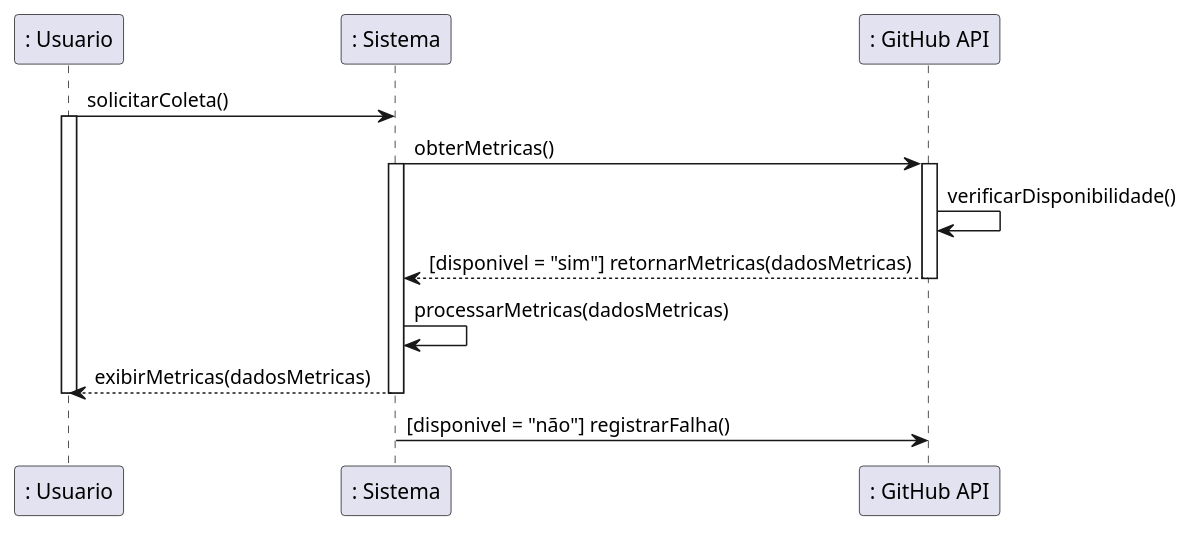
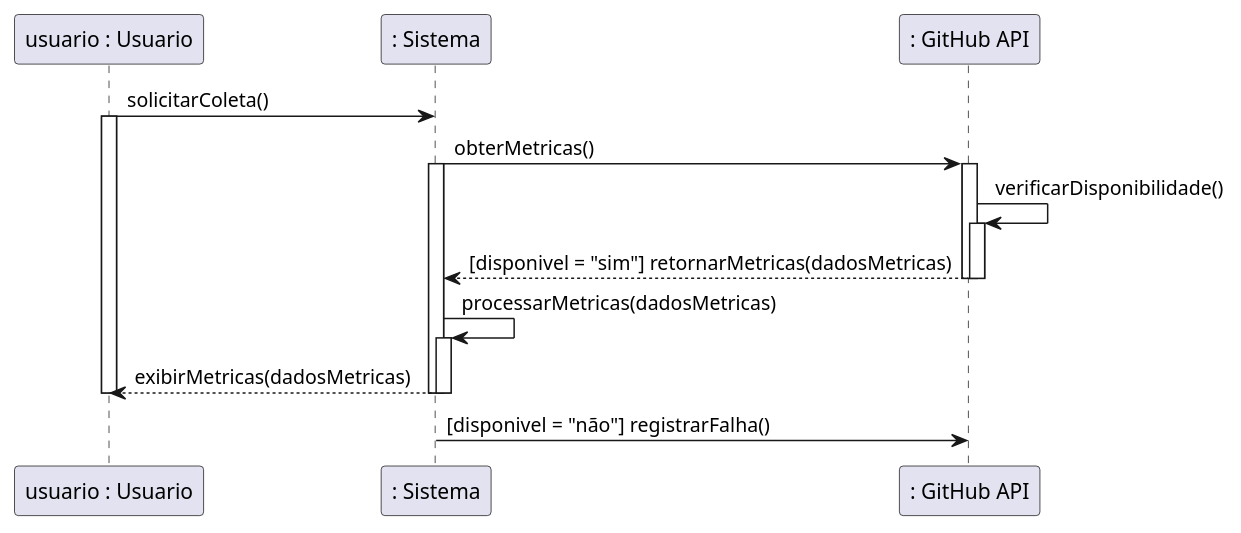
Before and after one commit to yurilsn/DiagramasUml: the diagram in sequencia_proj_final_c3.wsd, drawn with PlantUML. The commit also changed 3 other files, not shown here.

```diff
--- a/sequencia_proj_final_c3.wsd
+++ b/sequencia_proj_final_c3.wsd
@@ -1,24 +1,27 @@
 @startuml
 ' COLETAR MÉTRICAS DO GITHUB
 
-": Usuario" as usuario -> ": Sistema" as sistema : solicitarColeta()
+"usuario : Usuario" as usuario -> ": Sistema" as sistema : solicitarColeta()
 activate usuario
 
 sistema -> ": GitHub API" as github : obterMetricas()
 activate sistema
 activate github
 
 github -> github : verificarDisponibilidade()
-
+activate github
 github --> sistema : [disponivel = "sim"] retornarMetricas(dadosMetricas)
+deactivate github
 deactivate github
 
 sistema -> sistema : processarMetricas(dadosMetricas)
+activate sistema
 
 sistema --> usuario : exibirMetricas(dadosMetricas)
+deactivate sistema
 deactivate sistema
 
 deactivate usuario
 
 sistema -> github : [disponivel = "não"] registrarFalha()
 @enduml
```
